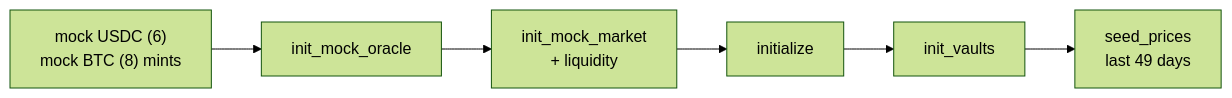
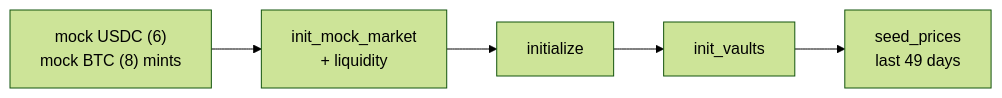
Diagram 12 of 14 in README.md (0xnex/tide), drawn with Mermaid (forest theme) before and after one commit. The commit also changed other lines of this file and 7 other files, not shown here.

First line of the commit message:
feat: real Pyth prices instead of the mock oracle

````diff
--- a/README.md
+++ b/README.md
@@ -213,4 +217,4 @@
 ```mermaid
 flowchart LR
-  A["mock USDC (6)<br/>mock BTC (8) mints"] --> B["init_mock_oracle"] --> C["init_mock_market<br/>+ liquidity"] --> D["initialize"] --> E["init_vaults"] --> F["seed_prices<br/>last 49 days"]
+  A["mock USDC (6)<br/>mock BTC (8) mints"] --> C["init_mock_market<br/>+ liquidity"] --> D["initialize"] --> E["init_vaults"] --> F["seed_prices<br/>last 49 days"]
 ```
````
